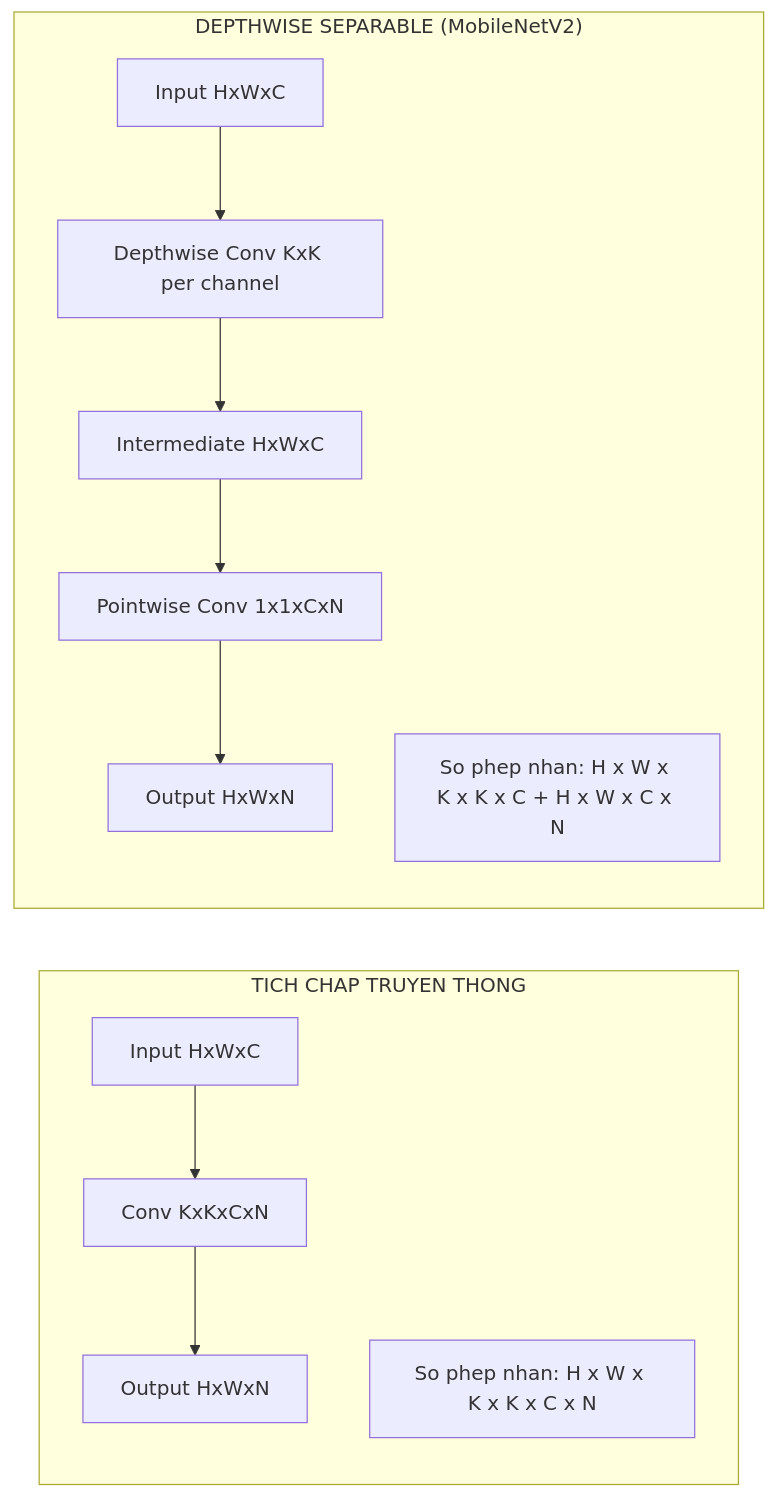
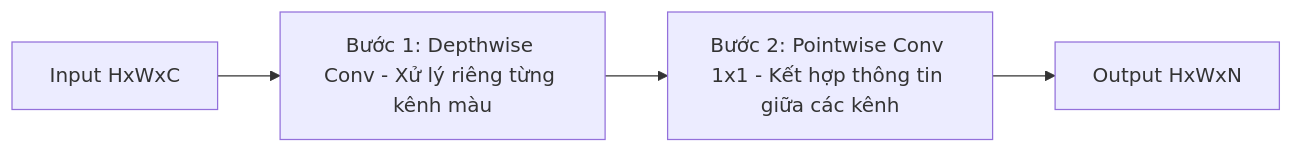
The second of 11 diagrams in README.md (DevOpsLogistics/FoodVision-Ai), drawn with Mermaid before and after one commit. The commit also changed other lines of this file, not shown here.

Commit message:
Docs: Fix Vietnamese diacritics, simplify Mermaid diagrams, remove UI implementation details

````diff
--- a/README.md
+++ b/README.md
@@ -244,15 +187,6 @@
 ```mermaid
 graph LR
-    subgraph Standard_Conv ["TICH CHAP TRUYEN THONG"]
-        S1["Input HxWxC"] --> S2["Conv KxKxCxN"] --> S3["Output HxWxN"]
-        S4["So phep nhan: H x W x K x K x C x N"]
-    end
-
-    subgraph Depthwise_Sep ["DEPTHWISE SEPARABLE (MobileNetV2)"]
-        D1["Input HxWxC"] --> D2["Depthwise Conv KxK per channel"]
-        D2 --> D3["Intermediate HxWxC"]
-        D3 --> D4["Pointwise Conv 1x1xCxN"]
-        D4 --> D5["Output HxWxN"]
-        D6["So phep nhan: H x W x K x K x C + H x W x C x N"]
-    end
+    A["Input HxWxC"] --> B["Bước 1: Depthwise Conv - Xử lý riêng từng kênh màu"]
+    B --> C["Bước 2: Pointwise Conv 1x1 - Kết hợp thông tin giữa các kênh"]
+    C --> D["Output HxWxN"]
 ```
````
